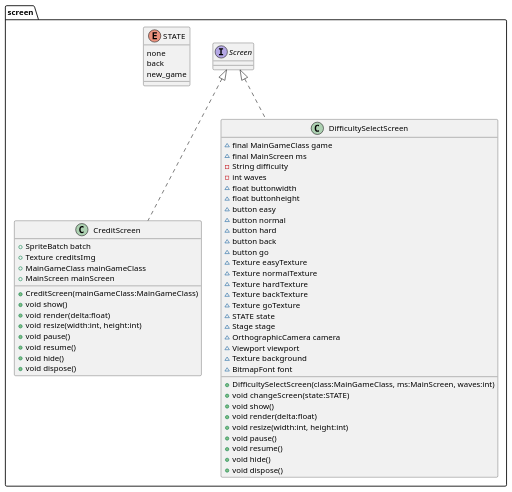
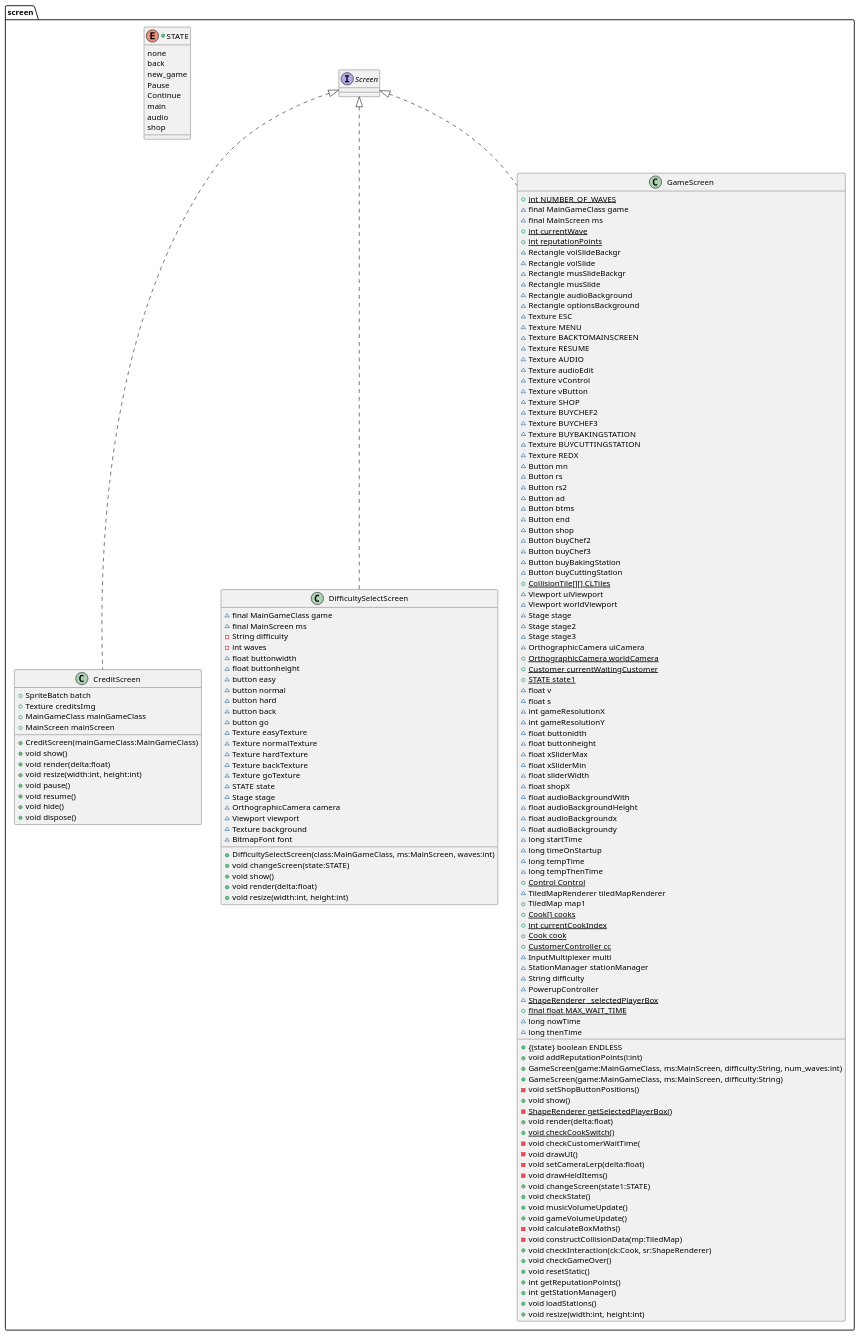
One commit to decassociation/project_eng1_team3 changed the diagram in UMLDiagrams/screen_package.puml. Above: the diagram before and after it, drawn with PlantUML.

Commit message:
Worked on screen_package.puml; added GameScreen.java to it

```diff
--- a/UMLDiagrams/screen_package.puml
+++ b/UMLDiagrams/screen_package.puml
@@ -1,63 +1,175 @@
 @startuml
 'https://plantuml.com/class-diagram
 
 package "screen"{
 
 class CreditScreen implements Screen{
 +SpriteBatch batch
 +Texture creditsImg
 +MainGameClass mainGameClass
 +MainScreen mainScreen
 +CreditScreen(mainGameClass:MainGameClass)
 +void show()
 +void render(delta:float)
 +void resize(width:int, height:int)
 +void pause()
 +void resume()
 +void hide()
 +void dispose()
 }
 
 class DifficultySelectScreen implements Screen{
 ~final MainGameClass game
 ~final MainScreen ms
 -String difficulty
 -int waves
 ~float buttonwidth
 ~float buttonheight
 ~button easy
 ~button normal
 ~button hard
 ~button back
 ~button go
 ~Texture easyTexture
 ~Texture normalTexture
 ~Texture hardTexture
 ~Texture backTexture
 ~Texture goTexture
 ~STATE state
 ~Stage stage
 ~OrthographicCamera camera
 ~Viewport viewport
 ~Texture background
 ~BitmapFont font
 +DifficultySelectScreen(class:MainGameClass, ms:MainScreen, waves:int)
 +void changeScreen(state:STATE)
 +void show()
 +void render(delta:float)
 +void resize(width:int, height:int)
-+void pause()
-+void resume()
-+void hide()
-+void dispose()
 }
 
 enum STATE{
 none
 back
 new_game
 }
 
+class GameScreen implements Screen{
++{static} int NUMBER_OF_WAVES
++{(state} boolean ENDLESS
+~final MainGameClass game
+~final MainScreen ms
++{static} int currentWave
++{static} int reputationPoints
+~Rectangle volSlideBackgr
+~Rectangle volSlide
+~Rectangle musSlideBackgr
+~Rectangle musSlide
+~Rectangle audioBackground
+~Rectangle optionsBackground
+~Texture ESC
+~Texture MENU
+~Texture BACKTOMAINSCREEN
+~Texture RESUME
+~Texture AUDIO
+~Texture audioEdit
+~Texture vControl
+~Texture vButton
+~Texture SHOP
+~Texture BUYCHEF2
+~Texture BUYCHEF3
+~Texture BUYBAKINGSTATION
+~Texture BUYCUTTINGSTATION
+~Texture REDX
+~Button mn
+~Button rs
+~Button rs2
+~Button ad
+~Button btms
+~Button end
+~Button shop
+~Button buyChef2
+~Button buyChef3
+~Button buyBakingStation
+~Button buyCuttingStation
++{static} CollisionTile[][] CLTiles
+~Viewport uiViewport
+~Viewport worldViewport
+~Stage stage
+~Stage stage2
+~Stage stage3
+~OrthographicCamera uiCamera
++{static} OrthographicCamera worldCamera
++{static} Customer currentWaitingCustomer
++{static} STATE state1
+~float v
+~float s
+~int gameResolutionX
+~int gameResolutionY
+~float buttonidth
+~float buttonheight
+~float xSliderMax
+~float xSliderMin
+~float sliderWidth
+~float shopX
+~float audioBackgroundWith
+~float audioBackgroundHeight
+~float audioBackgroundx
+~float audioBackgroundy
+~long startTime
+~long timeOnStartup
+~long tempTime
+~long tempThenTime
++{static} Control Control
+~TiledMapRenderer tiledMapRenderer
++TiledMap map1
++{static} Cook[] cooks
++{static} int currentCookIndex
++{static} Cook cook
++{static} CustomerController cc
+~InputMultiplexer multi
+~StationManager stationManager
+~String difficulty
+~PowerupController
+~{static} ShapeRenderer _selectedPlayerBox
++{static} final float MAX_WAIT_TIME
+~long nowTime
+~long thenTime
++void addReputationPoints(i:int)
++GameScreen(game:MainGameClass, ms:MainScreen, difficulty:String, num_waves:int)
++GameScreen(game:MainGameClass, ms:MainScreen, difficulty:String)
+-void setShopButtonPositions()
++void show()
+-{static} ShapeRenderer getSelectedPlayerBox()
++void render(delta:float)
++{static} void checkCookSwitch()
+-void checkCustomerWaitTime(
+-void drawUI()
+-void setCameraLerp(delta:float)
+-void drawHeldItems()
++void changeScreen(state1:STATE)
++void checkState()
++void musicVolumeUpdate()
++void gameVolumeUpdate()
+-void calculateBoxMaths()
+-void constructCollisionData(mp:TiledMap)
++void checkInteraction(ck:Cook, sr:ShapeRenderer)
++void checkGameOver()
++void resetStatic()
++int getReputationPoints()
++int getStationManager()
++void loadStations()
++void resize(width:int, height:int)
+}
+
++enum STATE{
+Pause
+Continue
+main
+audio
+shop
+}
+
 }
 
 @enduml
```
